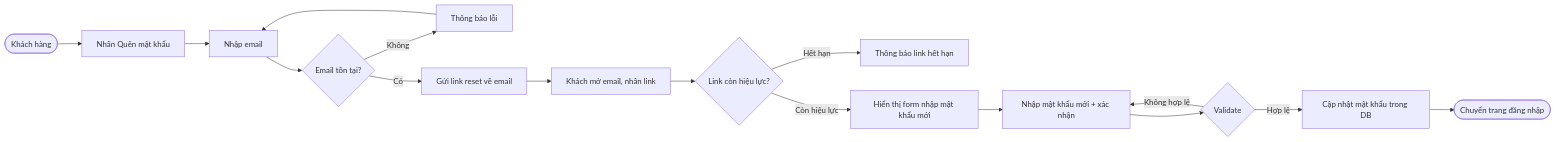
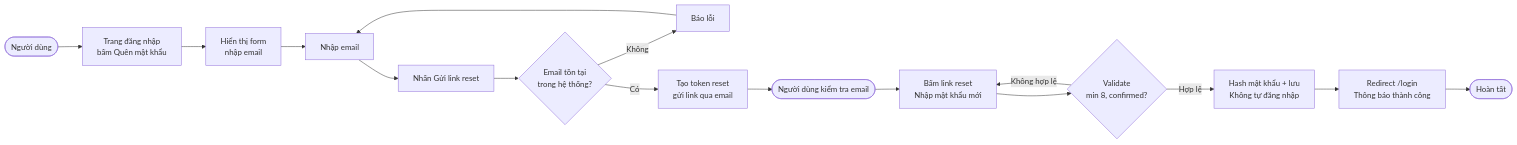
The third of 20 diagrams in app/Http/doc/diagrams.md (thien258/luanvantotnghiep), drawn with Mermaid before and after one commit. The commit also changed other lines of this file and 59 other files, not shown here.

````diff
--- a/app/Http/doc/diagrams.md
+++ b/app/Http/doc/diagrams.md
@@ -91,18 +75,18 @@
 ```mermaid
 flowchart LR
-    A([Khách hàng]) --> B[Nhấn Quên mật khẩu]
-    B --> C[Nhập email]
-    C --> D{Email tồn tại?}
-    D -->|Không| E[Thông báo lỗi]
-    E --> C
-    D -->|Có| F[Gửi link reset về email]
-    F --> G[Khách mở email, nhấn link]
-    G --> H{Link còn hiệu lực?}
-    H -->|Hết hạn| I[Thông báo link hết hạn]
-    H -->|Còn hiệu lực| J[Hiển thị form nhập mật khẩu mới]
-    J --> K[Nhập mật khẩu mới + xác nhận]
-    K --> L{Validate}
-    L -->|Không hợp lệ| K
-    L -->|Hợp lệ| M[Cập nhật mật khẩu trong DB]
-    M --> N([Chuyển trang đăng nhập])
+    A([Người dùng]) --> B[Trang đăng nhập\nbấm Quên mật khẩu]
+    B --> C[Hiển thị form\nnhập email]
+    C --> D[Nhập email]
+    D --> E[Nhấn Gửi link reset]
+    E --> F{Email tồn tại\ntrong hệ thống?}
+    F -->|Không| G[Báo lỗi]
+    G --> D
+    F -->|Có| H[Tạo token reset\ngửi link qua email]
+    H --> I([Người dùng kiểm tra email])
+    I --> J[Bấm link reset\nNhập mật khẩu mới]
+    J --> K{Validate\nmin 8, confirmed?}
+    K -->|Không hợp lệ| J
+    K -->|Hợp lệ| L[Hash mật khẩu + lưu\nKhông tự đăng nhập]
+    L --> M[Redirect /login\nThông báo thành công]
+    M --> N([Hoàn tất])
 ```
````
